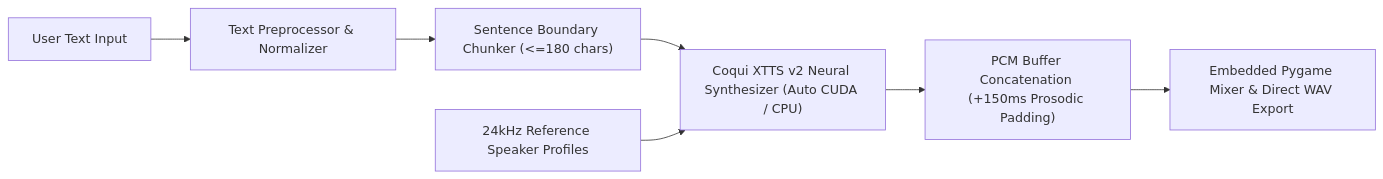
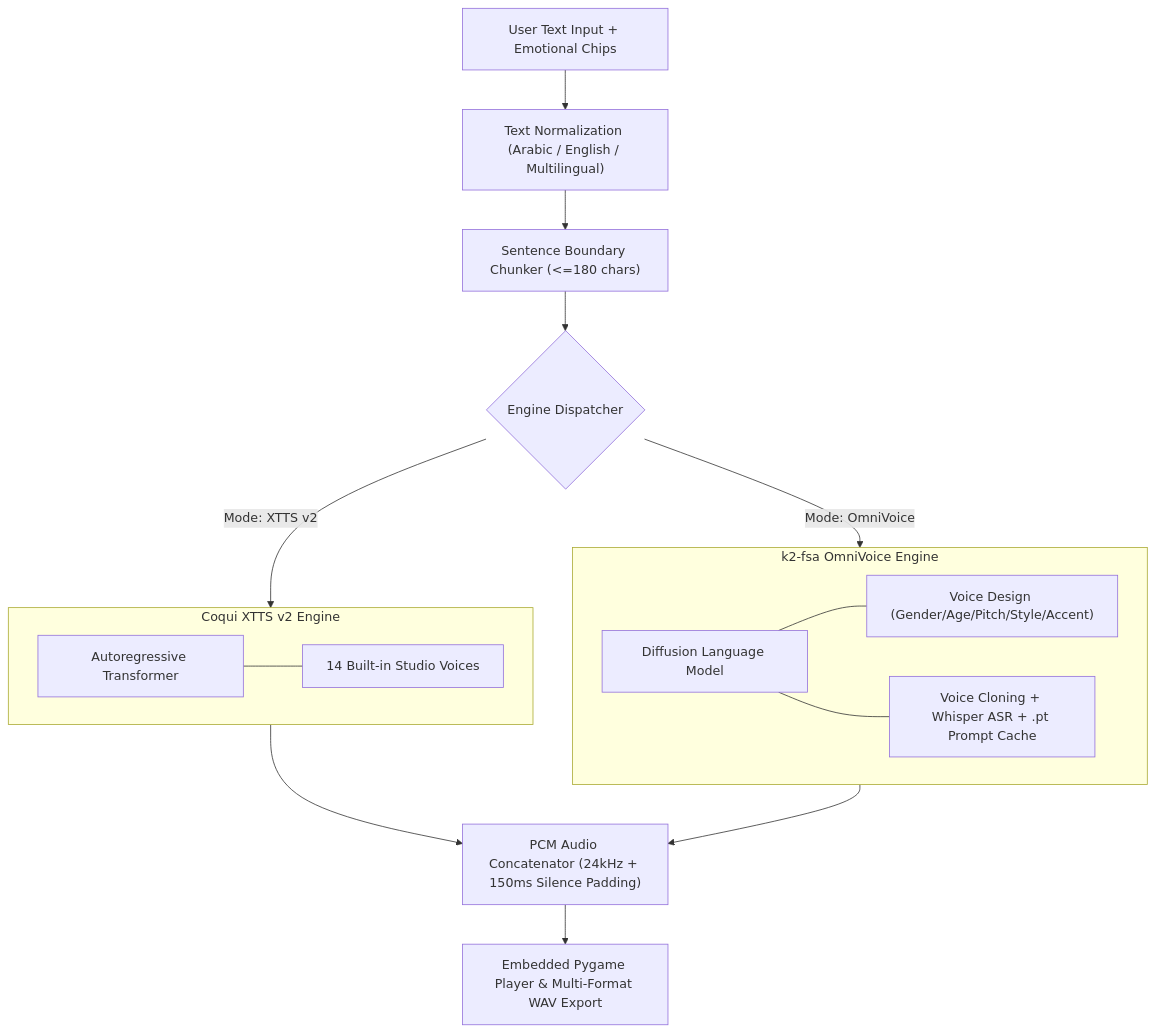
One commit to Osama-Alzahrani-UQU/Voice-Studio-TTS changed the diagram in README.md. Above: the diagram before and after it, drawn with Mermaid. The commit also changed other lines of this file and 57 other files, not shown here.

Commit message:
feat: integrate k2-fsa OmniVoice diffusion engine with dual-engine architecture, voice design studio, and emotional chips

````diff
--- a/README.md
+++ b/README.md
@@ -44,9 +49,28 @@
 ```mermaid
-flowchart LR
-    A["User Text Input"] --> B["Text Preprocessor & Normalizer"]
-    B --> C["Sentence Boundary Chunker (<=180 chars)"]
-    C --> D["Coqui XTTS v2 Neural Synthesizer (Auto CUDA / CPU)"]
-    E["24kHz Reference Speaker Profiles"] --> D
-    D --> F["PCM Buffer Concatenation (+150ms Prosodic Padding)"]
-    F --> G["Embedded Pygame Mixer & Direct WAV Export"]
+flowchart TD
+    User["User Text Input + Emotional Chips"] --> Pre["Text Normalization (Arabic / English / Multilingual)"]
+    Pre --> Chunker["Sentence Boundary Chunker (<=180 chars)"]
+    Chunker --> Router{"Engine Dispatcher"}
+    
+    subgraph Engine1["Coqui XTTS v2 Engine"]
+        XTTS_Model["Autoregressive Transformer"]
+        StudioVoices["14 Built-in Studio Voices"]
+        XTTS_Model --- StudioVoices
+    end
+
+    subgraph Engine2["k2-fsa OmniVoice Engine"]
+        Omni_Model["Diffusion Language Model"]
+        VoiceDesign["Voice Design (Gender/Age/Pitch/Style/Accent)"]
+        VoiceClone["Voice Cloning + Whisper ASR + .pt Prompt Cache"]
+        Omni_Model --- VoiceDesign
+        Omni_Model --- VoiceClone
+    end
+
+    Router -->|Mode: XTTS v2| Engine1
+    Router -->|Mode: OmniVoice| Engine2
+
+    Engine1 --> Mixer["PCM Audio Concatenator (24kHz + 150ms Silence Padding)"]
+    Engine2 --> Mixer
+
+    Mixer --> Output["Embedded Pygame Player & Multi-Format WAV Export"]
 ```
````
